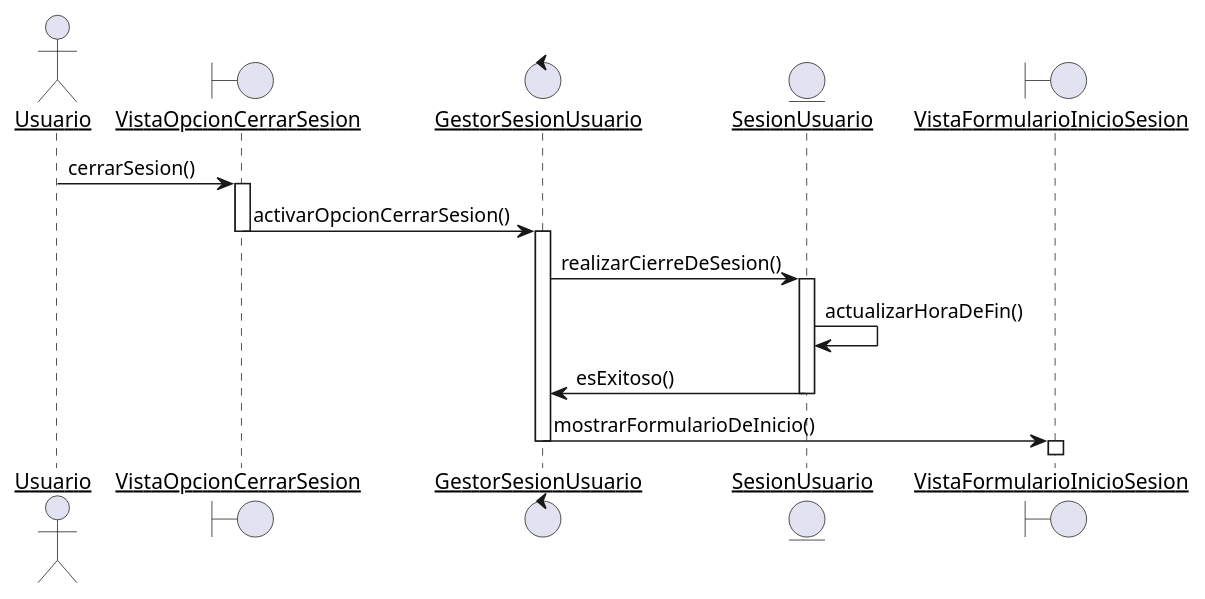
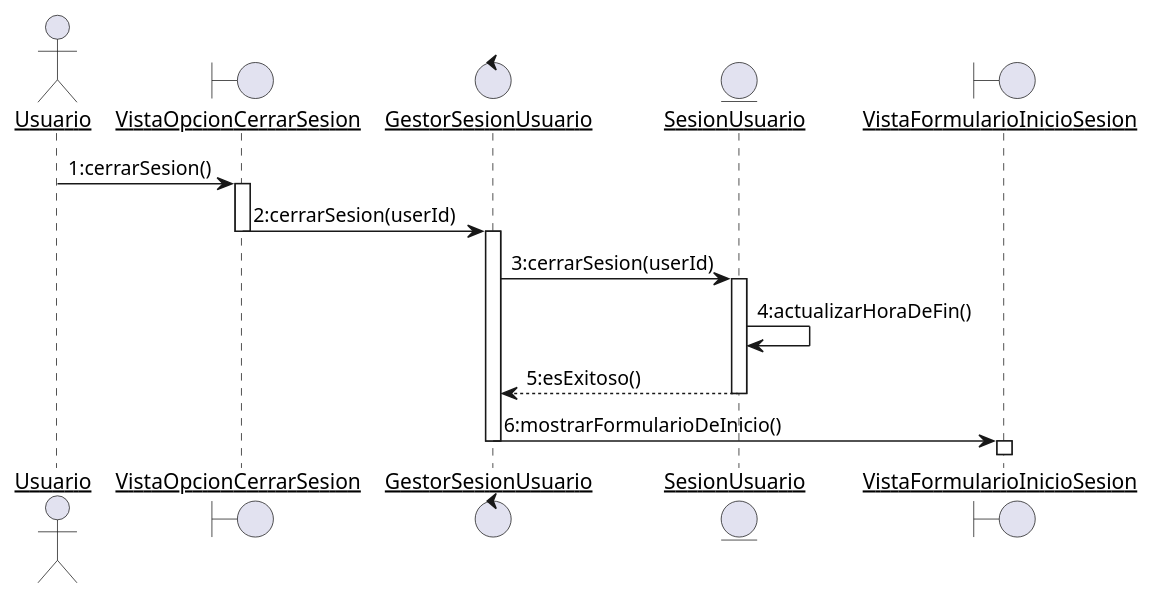
The diagram in docs/scenariosView/DisciplinaDeDisenio/DiagramaDeSecuenciaCerrarSesion.plantUML (Samantha-Ramirez/ProyectoEquipo7ING), drawn with PlantUML before and after one commit. The commit also changed 9 other files, not shown here.

Commit message:
Diagramas de secuencia Disciplina de disenio

```diff
--- a/docs/scenariosView/DisciplinaDeDisenio/DiagramaDeSecuenciaCerrarSesion.plantUML
+++ b/docs/scenariosView/DisciplinaDeDisenio/DiagramaDeSecuenciaCerrarSesion.plantUML
@@ -1,26 +1,26 @@
 @startuml DiagramaDeSecuenciaCerrarSesion
 skinparam sequenceParticipant underline
 
 actor Usuario as user
 boundary VistaOpcionCerrarSesion
 control GestorSesionUsuario
 entity SesionUsuario
 boundary VistaFormularioInicioSesion
 
 
-user -> VistaOpcionCerrarSesion : cerrarSesion()
+user -> VistaOpcionCerrarSesion : 1:cerrarSesion()
 activate VistaOpcionCerrarSesion
-VistaOpcionCerrarSesion -> GestorSesionUsuario : activarOpcionCerrarSesion()
+VistaOpcionCerrarSesion -> GestorSesionUsuario : 2:cerrarSesion(userId)
 deactivate VistaOpcionCerrarSesion
 activate GestorSesionUsuario
-GestorSesionUsuario -> SesionUsuario : realizarCierreDeSesion()
+GestorSesionUsuario -> SesionUsuario : 3:cerrarSesion(userId)
 activate SesionUsuario
-SesionUsuario -> SesionUsuario : actualizarHoraDeFin()
-SesionUsuario -> GestorSesionUsuario : esExitoso()
+SesionUsuario -> SesionUsuario : 4:actualizarHoraDeFin()
+SesionUsuario --> GestorSesionUsuario : 5:esExitoso()
 deactivate SesionUsuario
-GestorSesionUsuario -> VistaFormularioInicioSesion : mostrarFormularioDeInicio()
+GestorSesionUsuario -> VistaFormularioInicioSesion : 6:mostrarFormularioDeInicio()
 deactivate GestorSesionUsuario
 activate VistaFormularioInicioSesion
 deactivate VistaFormularioInicioSesion
 
 @enduml
```
